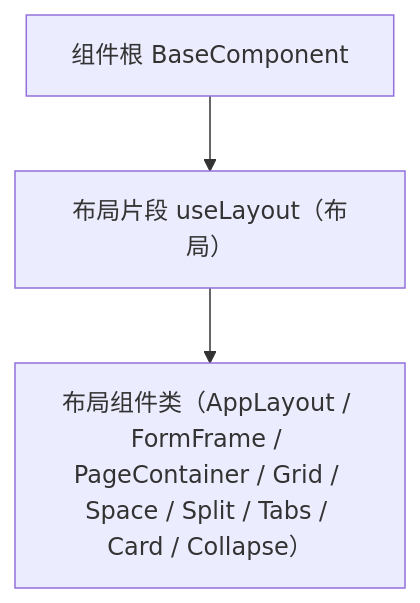
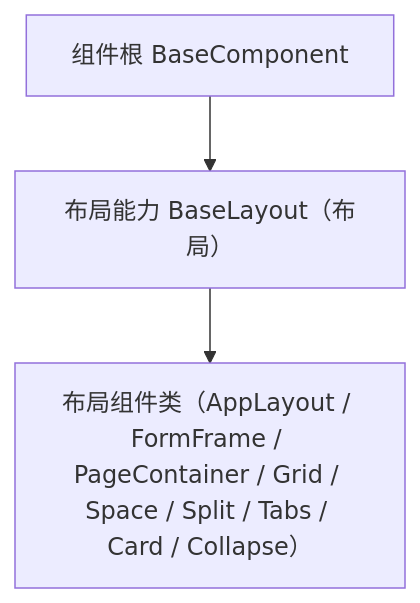
The diagram in bms文档/设计/组件设计/02_基础组件类/02_能力片段/07_组件设计_布局片段/07_组件设计_布局片段.md (minjian123/basic-management-system), drawn with Mermaid before and after one commit. The commit also changed other lines of this file and 49 other files, not shown here.

````diff
--- a/bms文档/设计/组件设计/02_基础组件类/02_能力片段/07_组件设计_布局片段/07_组件设计_布局片段.md
+++ b/bms文档/设计/组件设计/02_基础组件类/02_能力片段/07_组件设计_布局片段/07_组件设计_布局片段.md
@@ -15,5 +15,5 @@
 ```mermaid
 flowchart TD
-    COMP["组件根 BaseComponent"] --> LAY["布局片段 useLayout（布局）"]
+    COMP["组件根 BaseComponent"] --> LAY["布局能力 BaseLayout（布局）"]
     LAY --> L["布局组件类（AppLayout / FormFrame / PageContainer / Grid / Space / Split / Tabs / Card / Collapse）"]
 ```
````
